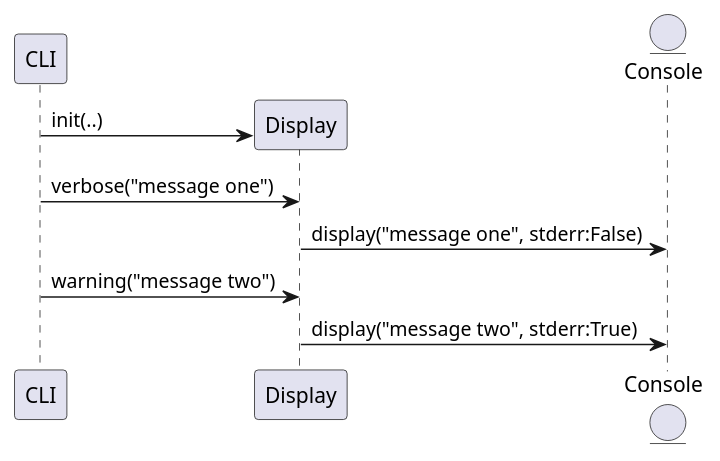
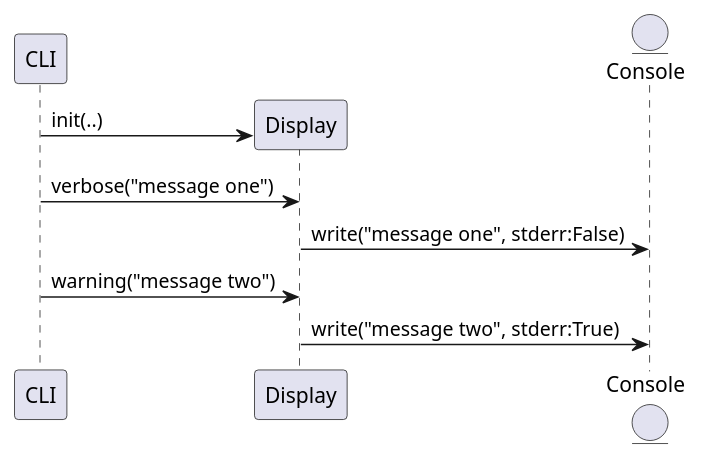
The diagram in project/uml/CLI_Configuration/Display.puml (ezequiels/nazz), drawn with PlantUML before and after one commit. The commit also changed 6 other files, not shown here.

Commit message:
Updates to seq diagrams

```diff
--- a/project/uml/CLI_Configuration/Display.puml
+++ b/project/uml/CLI_Configuration/Display.puml
@@ -1,11 +1,11 @@
 @startuml
 
 participant CLI
 create Display
 CLI -> Display: init(..)
 CLI -> Display: verbose("message one")
 entity Console
-Display -> Console: display("message one", stderr:False)
+Display -> Console: write("message one", stderr:False)
 CLI -> Display: warning("message two")
-Display -> Console: display("message two", stderr:True)
+Display -> Console: write("message two", stderr:True)
 @enduml
```
